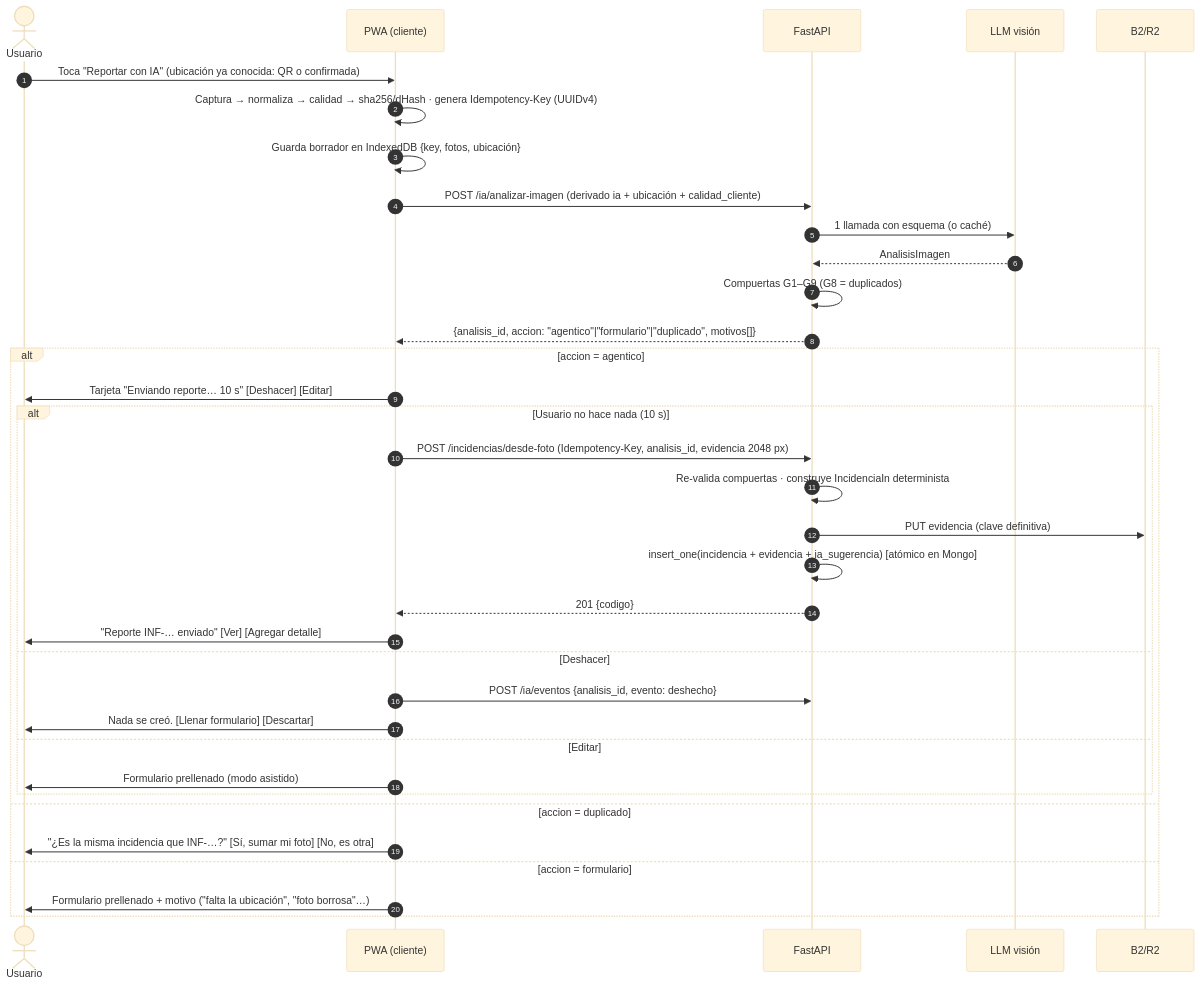
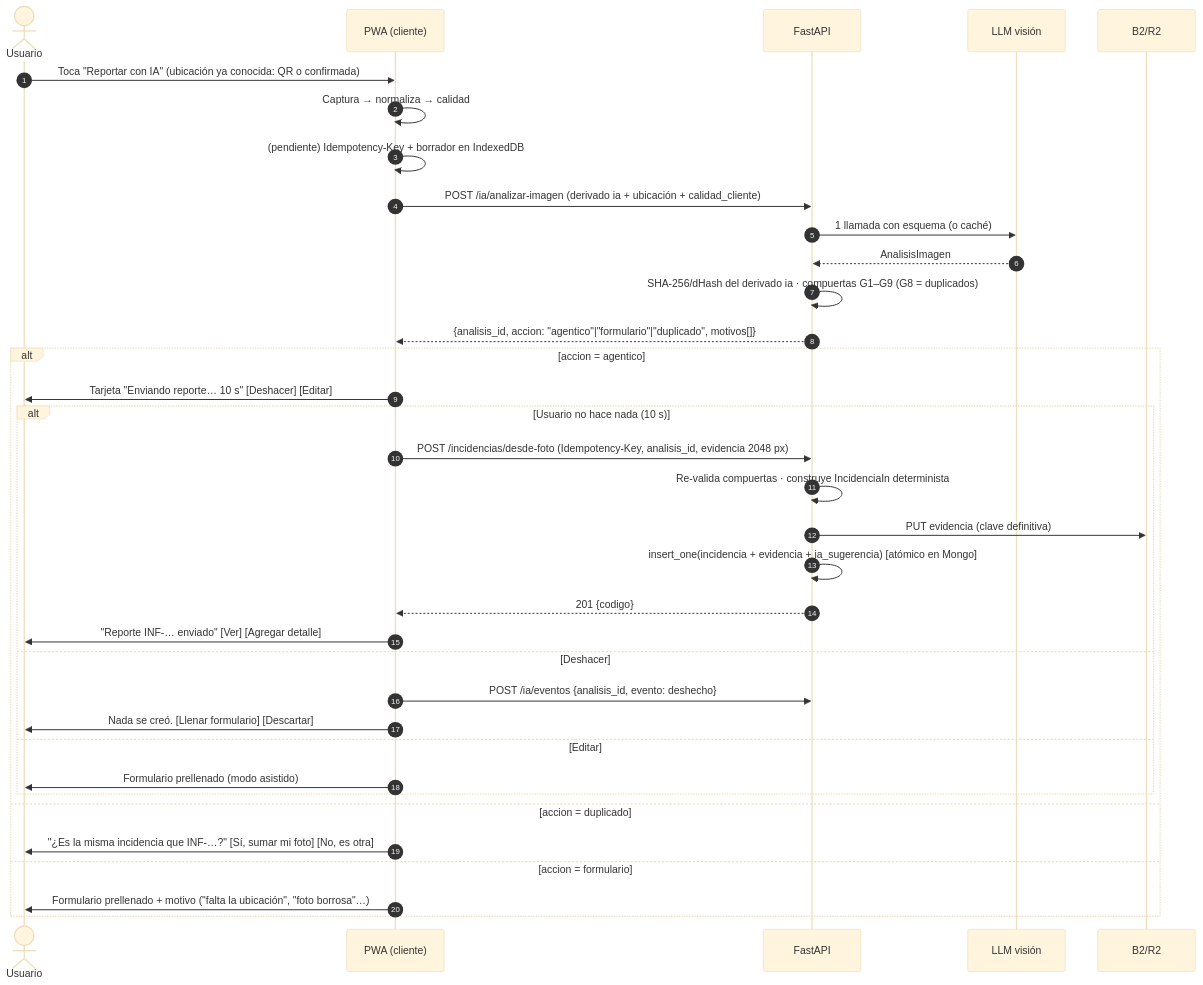
Before and after one commit to canulcua123-source/campus-fix: the first of 2 diagrams in docs/algoritmo-foto-ia.md, drawn with Mermaid (base theme). The commit also changed other lines of this file and 2 other files, not shown here.

First line of the commit message:
fix(reportar): procesa fotos grandes sin decodificarlas completas y actualiza docs del algoritmo (#183)

````diff
--- a/docs/algoritmo-foto-ia.md
+++ b/docs/algoritmo-foto-ia.md
@@ -60,37 +64,37 @@
 ```mermaid
 sequenceDiagram
     autonumber
     actor U as Usuario
     participant C as PWA (cliente)
     participant S as FastAPI
     participant IA as LLM visión
     participant B as B2/R2
     U->>C: Toca "Reportar con IA" (ubicación ya conocida: QR o confirmada)
-    C->>C: Captura → normaliza → calidad → sha256/dHash · genera Idempotency-Key (UUIDv4)
-    C->>C: Guarda borrador en IndexedDB {key, fotos, ubicación}
+    C->>C: Captura → normaliza → calidad
+    C->>C: (pendiente) Idempotency-Key + borrador en IndexedDB
     C->>S: POST /ia/analizar-imagen (derivado ia + ubicación + calidad_cliente)
     S->>IA: 1 llamada con esquema (o caché)
     IA-->>S: AnalisisImagen
-    S->>S: Compuertas G1–G9 (G8 = duplicados)
+    S->>S: SHA-256/dHash del derivado ia · compuertas G1–G9 (G8 = duplicados)
     S-->>C: {analisis_id, accion: "agentico"|"formulario"|"duplicado", motivos[]}
     alt accion = agentico
         C->>U: Tarjeta "Enviando reporte… 10 s" [Deshacer] [Editar]
         alt Usuario no hace nada (10 s)
             C->>S: POST /incidencias/desde-foto (Idempotency-Key, analisis_id, evidencia 2048 px)
             S->>S: Re-valida compuertas · construye IncidenciaIn determinista
             S->>B: PUT evidencia (clave definitiva)
             S->>S: insert_one(incidencia + evidencia + ia_sugerencia)  [atómico en Mongo]
             S-->>C: 201 {codigo}
             C->>U: "Reporte INF-… enviado" [Ver] [Agregar detalle]
         else Deshacer
             C->>S: POST /ia/eventos {analisis_id, evento: deshecho}
             C->>U: Nada se creó. [Llenar formulario] [Descartar]
         else Editar
             C->>U: Formulario prellenado (modo asistido)
         end
     else accion = duplicado
         C->>U: "¿Es la misma incidencia que INF-…?" [Sí, sumar mi foto] [No, es otra]
     else accion = formulario
         C->>U: Formulario prellenado + motivo ("falta la ubicación", "foto borrosa"…)
     end
 ```
````
